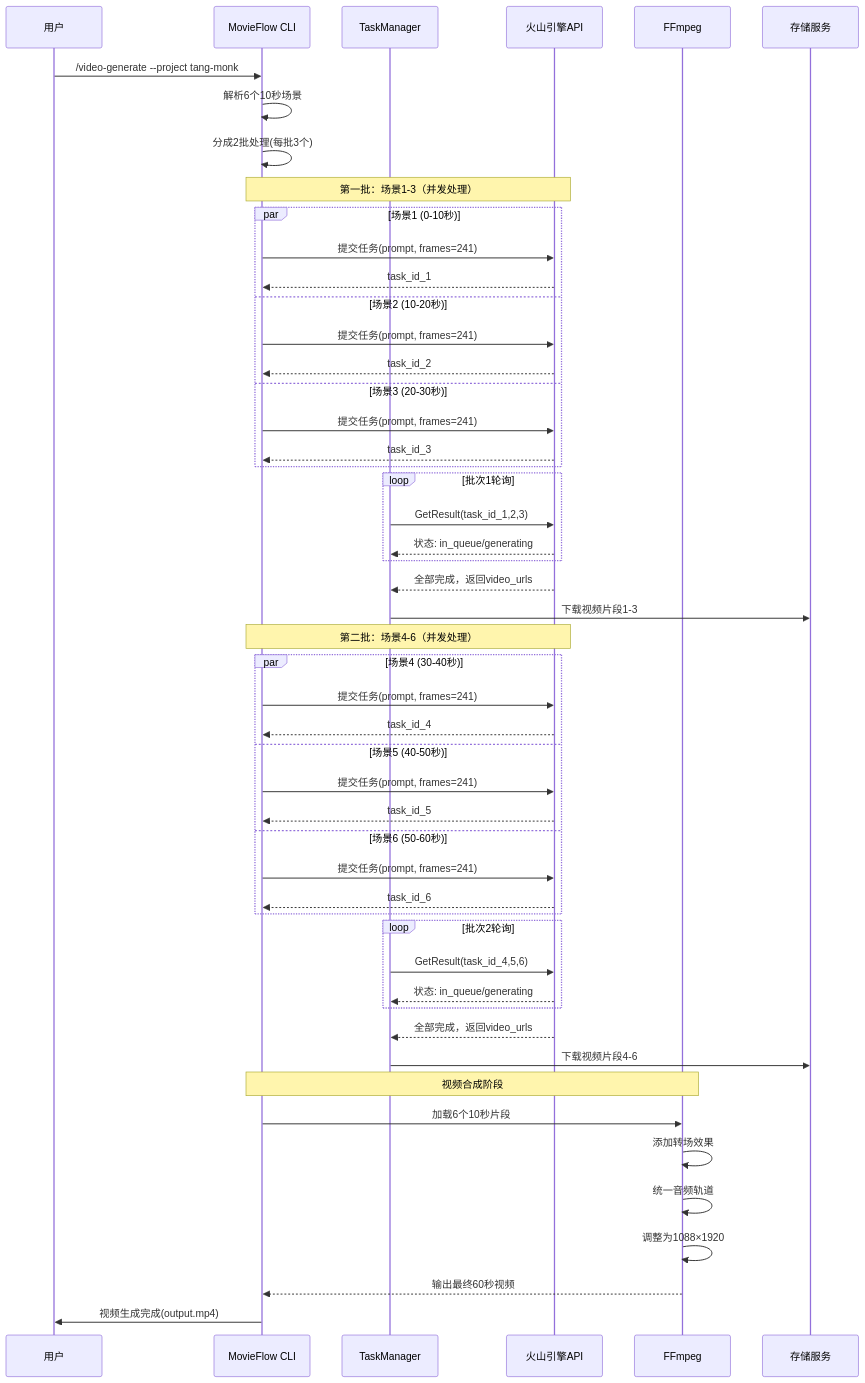
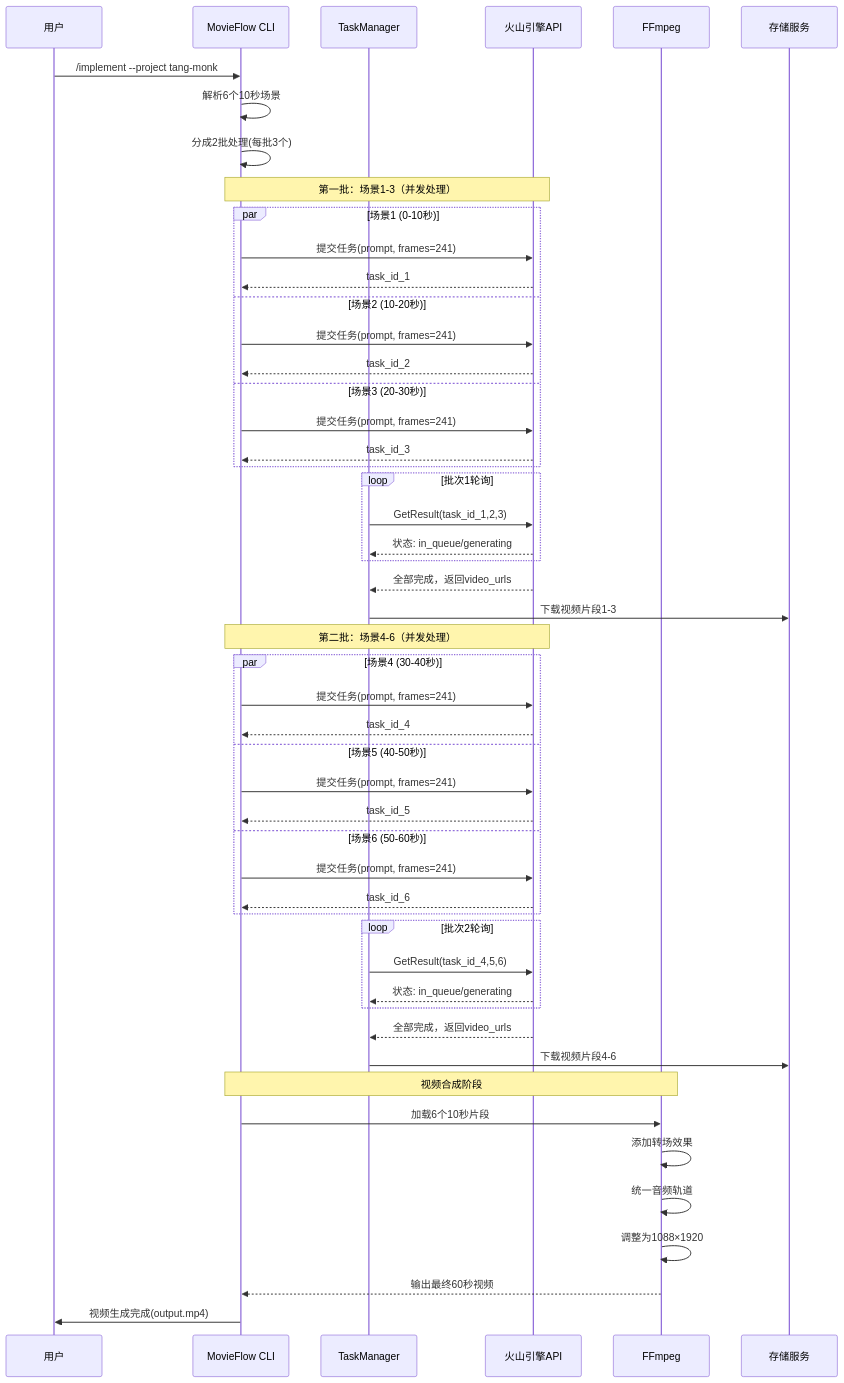
One commit to wordflowlab/movieflow changed the sixth of 8 diagrams in docs/PRD.md. Above: the diagram before and after it, drawn with Mermaid. The commit also changed other lines of this file and 50 other files, not shown here.

````diff
--- a/docs/PRD.md
+++ b/docs/PRD.md
@@ -568,63 +474,63 @@
 ```mermaid
 sequenceDiagram
     participant User as 用户
     participant CLI as MovieFlow CLI
     participant TM as TaskManager
     participant VE as 火山引擎API
     participant FFmpeg as FFmpeg
     participant Storage as 存储服务
 
-    User->>CLI: /video-generate --project tang-monk
+    User->>CLI: /implement --project tang-monk
     CLI->>CLI: 解析6个10秒场景
     CLI->>CLI: 分成2批处理(每批3个)
 
     Note over CLI,VE: 第一批：场景1-3（并发处理）
 
     par 场景1 (0-10秒)
         CLI->>VE: 提交任务(prompt, frames=241)
         VE-->>CLI: task_id_1
     and 场景2 (10-20秒)
         CLI->>VE: 提交任务(prompt, frames=241)
         VE-->>CLI: task_id_2
     and 场景3 (20-30秒)
         CLI->>VE: 提交任务(prompt, frames=241)
         VE-->>CLI: task_id_3
     end
 
     loop 批次1轮询
         TM->>VE: GetResult(task_id_1,2,3)
         VE-->>TM: 状态: in_queue/generating
     end
     VE-->>TM: 全部完成，返回video_urls
     TM->>Storage: 下载视频片段1-3
 
     Note over CLI,VE: 第二批：场景4-6（并发处理）
 
     par 场景4 (30-40秒)
         CLI->>VE: 提交任务(prompt, frames=241)
         VE-->>CLI: task_id_4
     and 场景5 (40-50秒)
         CLI->>VE: 提交任务(prompt, frames=241)
         VE-->>CLI: task_id_5
     and 场景6 (50-60秒)
         CLI->>VE: 提交任务(prompt, frames=241)
         VE-->>CLI: task_id_6
     end
 
     loop 批次2轮询
         TM->>VE: GetResult(task_id_4,5,6)
         VE-->>TM: 状态: in_queue/generating
     end
     VE-->>TM: 全部完成，返回video_urls
     TM->>Storage: 下载视频片段4-6
 
     Note over CLI,FFmpeg: 视频合成阶段
 
     CLI->>FFmpeg: 加载6个10秒片段
     FFmpeg->>FFmpeg: 添加转场效果
     FFmpeg->>FFmpeg: 统一音频轨道
     FFmpeg->>FFmpeg: 调整为1088×1920
     FFmpeg-->>CLI: 输出最终60秒视频
 
     CLI->>User: 视频生成完成(output.mp4)
 ```
````
